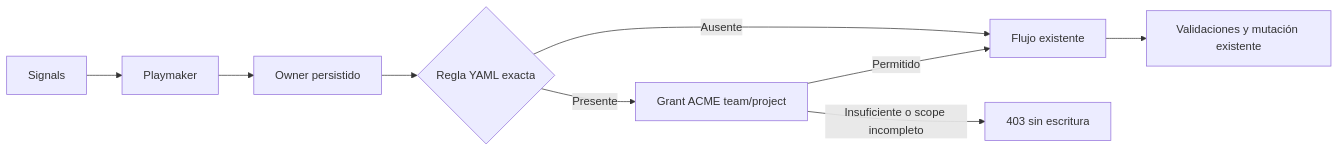
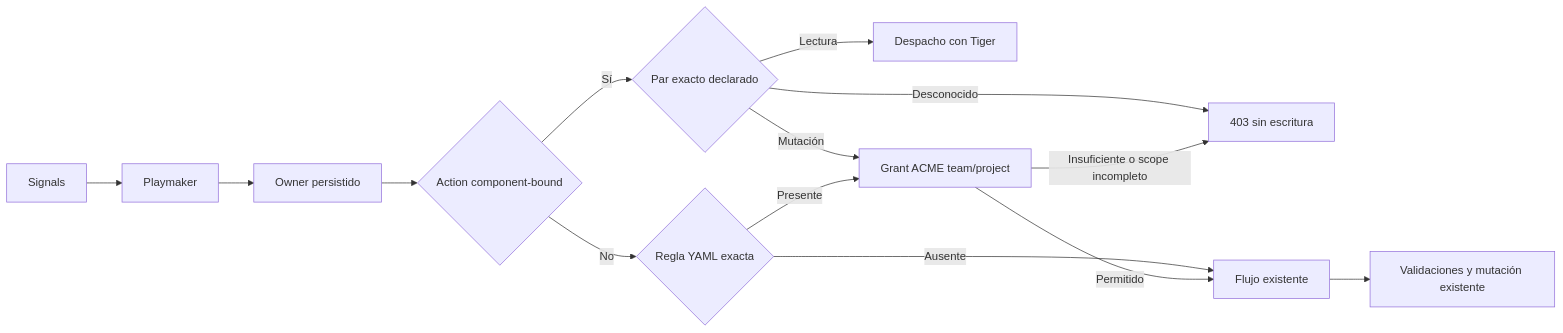
One commit to xKoRx/agents-os changed the diagram in main/10-projects/Meli/SIG-616 — Autorización de operaciones por equipo/Descripción PR — rio-playmaker — Slice 5.md. Above: the diagram before and after it, drawn with Mermaid. The commit also changed other lines of this file and 11 other files, not shown here.

````diff
--- a/main/10-projects/Meli/SIG-616 — Autorización de operaciones por equipo/Descripción PR — rio-playmaker — Slice 5.md
+++ b/main/10-projects/Meli/SIG-616 — Autorización de operaciones por equipo/Descripción PR — rio-playmaker — Slice 5.md
@@ -42,11 +44,16 @@
 ```mermaid
 flowchart LR
   UI[Signals] --> API[Playmaker]
   API --> Owner[Owner persistido]
-  Owner --> Rule{Regla YAML exacta}
+  Owner --> Kind{Action component-bound}
+  Kind -->|Sí| Pair{Par exacto declarado}
+  Pair -->|Lectura| Tiger[Despacho con Tiger]
+  Pair -->|Desconocido| Deny[403 sin escritura]
+  Pair -->|Mutación| ACME[Grant ACME team/project]
+  Kind -->|No| Rule{Regla YAML exacta}
   Rule -->|Ausente| Legacy[Flujo existente]
-  Rule -->|Presente| ACME[Grant ACME team/project]
+  Rule -->|Presente| ACME
   ACME -->|Insuficiente o scope incompleto| Deny[403 sin escritura]
   ACME -->|Permitido| Legacy
   Legacy --> Write[Validaciones y mutación existente]
 ```
````
